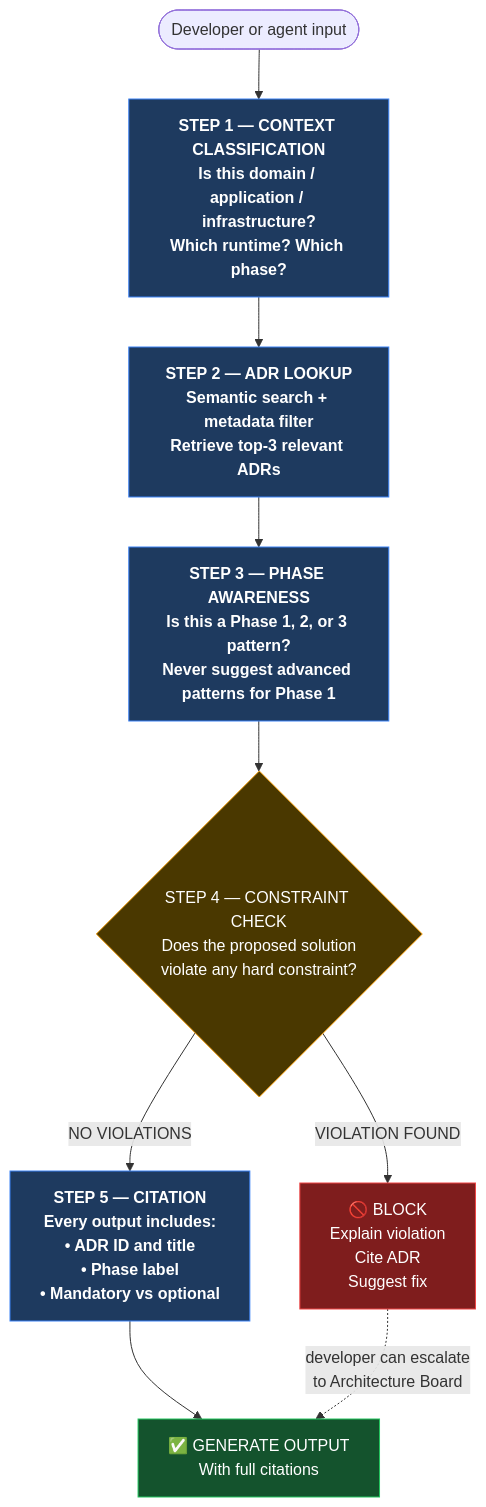
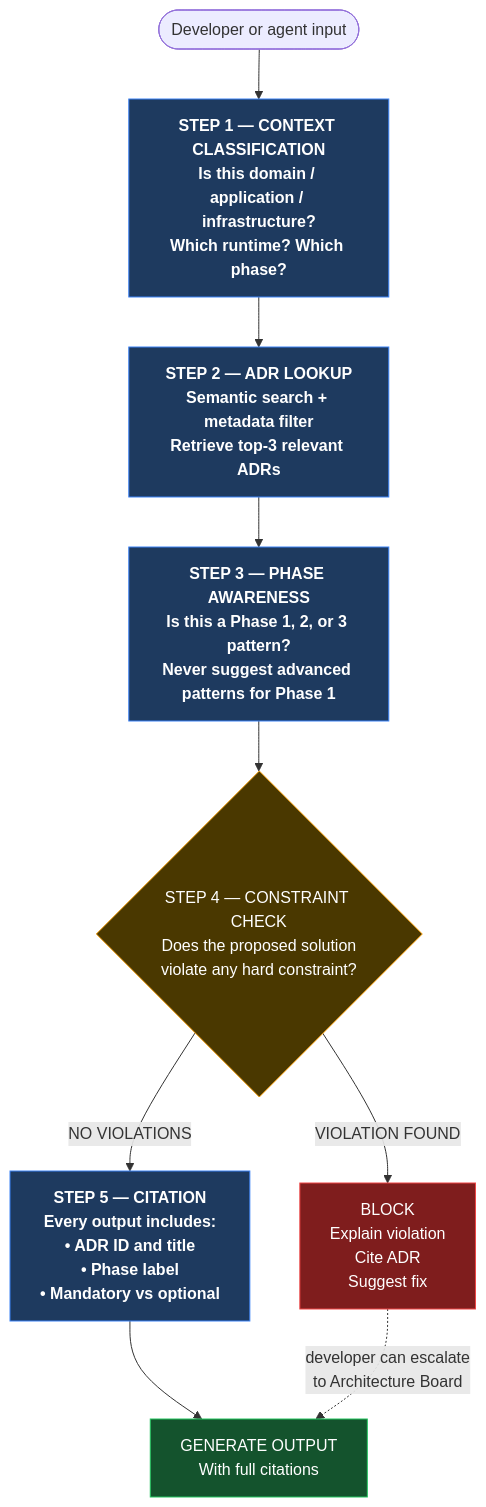
The fourth of 4 diagrams in reference/governance/standards/ai-augmented/08-architecture-ai-assistant/visuals/v09-ai-ecosystem.md (beyondnetcode/evolith_arch32), drawn with Mermaid before and after one commit. The commit also changed other lines of this file and 41 other files, not shown here.

````diff
--- a/reference/governance/standards/ai-augmented/08-architecture-ai-assistant/visuals/v09-ai-ecosystem.md
+++ b/reference/governance/standards/ai-augmented/08-architecture-ai-assistant/visuals/v09-ai-ecosystem.md
@@ -151,28 +151,28 @@
 ```mermaid
 flowchart TD
     classDef step fill:#1e3a5f,stroke:#3b82f6,color:#fff,font-weight:bold
     classDef check fill:#4a3800,stroke:#f59e0b,color:#fff
     classDef block fill:#7f1d1d,stroke:#ef4444,color:#fff
     classDef pass fill:#14532d,stroke:#22c55e,color:#fff
 
     INPUT(["Developer or agent input"])
 
     S1["STEP 1 — CONTEXT CLASSIFICATION\nIs this domain / application / infrastructure?\nWhich runtime? Which phase?"]:::step
 
     S2["STEP 2 — ADR LOOKUP\nSemantic search + metadata filter\nRetrieve top-3 relevant ADRs"]:::step
 
     S3["STEP 3 — PHASE AWARENESS\nIs this a Phase 1, 2, or 3 pattern?\nNever suggest advanced patterns for Phase 1"]:::step
 
     S4{"STEP 4 — CONSTRAINT CHECK\nDoes the proposed solution\nviolate any hard constraint?"}:::check
 
-    BLOCK["🚫 BLOCK\nExplain violation\nCite ADR\nSuggest fix"]:::block
+    BLOCK[" BLOCK\nExplain violation\nCite ADR\nSuggest fix"]:::block
 
     S5["STEP 5 — CITATION\nEvery output includes:\n• ADR ID and title\n• Phase label\n• Mandatory vs optional"]:::step
 
-    PASS["✅ GENERATE OUTPUT\nWith full citations"]:::pass
+    PASS[" GENERATE OUTPUT\nWith full citations"]:::pass
 
     INPUT --> S1 --> S2 --> S3 --> S4
     S4 -->|VIOLATION FOUND| BLOCK
     S4 -->|NO VIOLATIONS| S5 --> PASS
     BLOCK -.->|"developer can escalate\nto Architecture Board"| PASS
 ```
````
